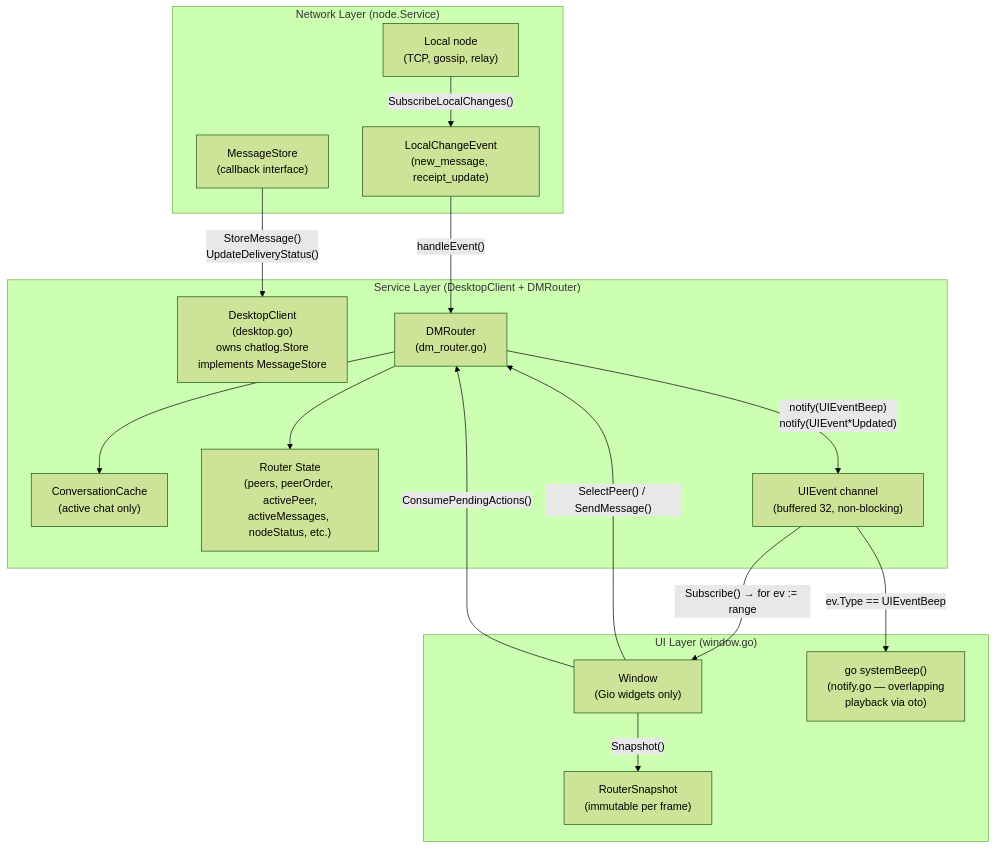
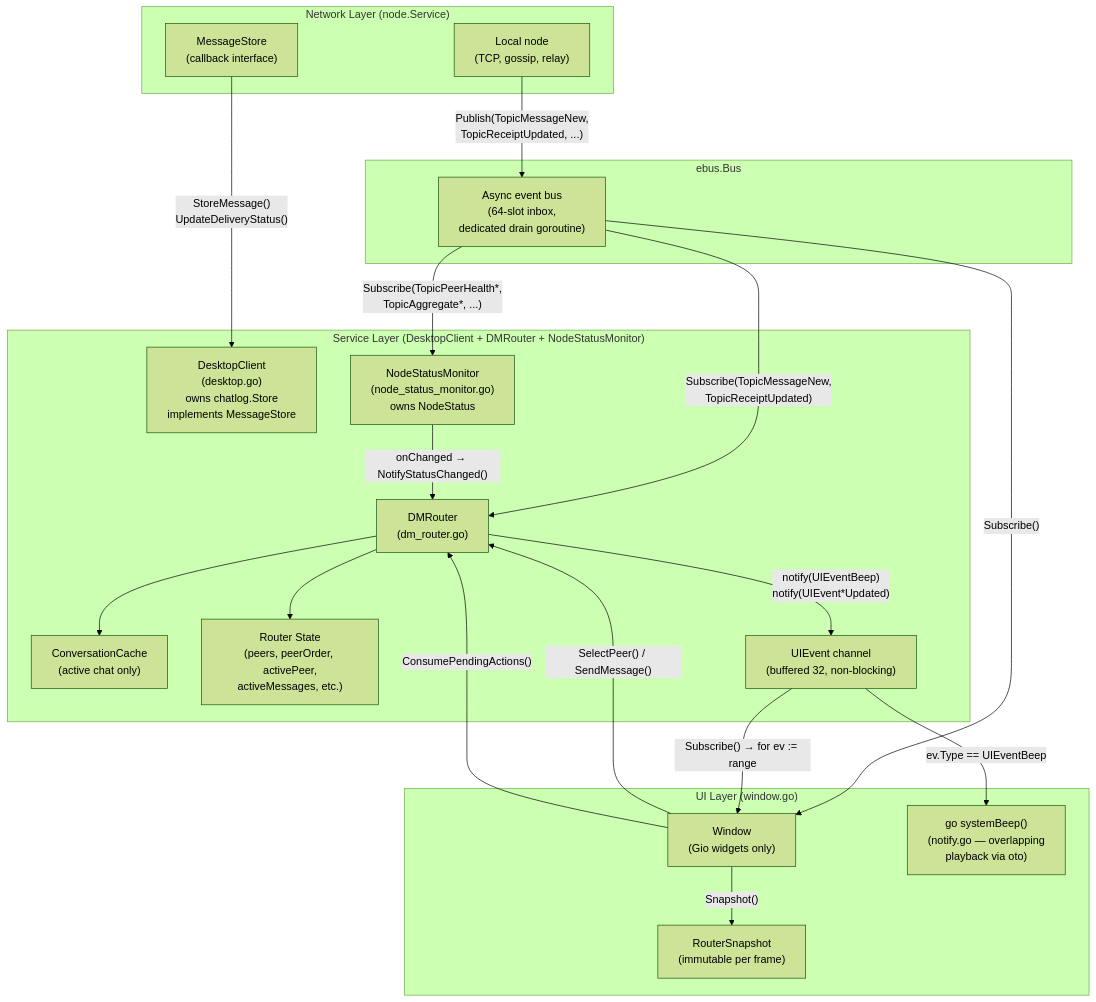
Before and after one commit to piratecash/corsa: the second of 4 diagrams in docs/dm_router.md, drawn with Mermaid (forest theme). The commit also changed other lines of this file and 75 other files, not shown here.

First line of the commit message:
refactor(ebus): introduce async topic bus and move node state propagation onto ebus

````diff
--- a/docs/dm_router.md
+++ b/docs/dm_router.md
@@ -76,34 +85,41 @@
 ```mermaid
 flowchart TB
     subgraph NET["Network Layer (node.Service)"]
         NODE["Local node\n(TCP, gossip, relay)"]
         MSTORE["MessageStore\n(callback interface)"]
-        EVENTS["LocalChangeEvent\n(new_message, receipt_update)"]
     end
 
-    subgraph SVC["Service Layer (DesktopClient + DMRouter)"]
+    subgraph EBUS["ebus.Bus"]
+        EB["Async event bus\n(64-slot inbox,\ndedicated drain goroutine)"]
+    end
+
+    subgraph SVC["Service Layer (DesktopClient + DMRouter + NodeStatusMonitor)"]
         DC["DesktopClient\n(desktop.go)\nowns chatlog.Store\nimplements MessageStore"]
         DR["DMRouter\n(dm_router.go)"]
+        NSM["NodeStatusMonitor\n(node_status_monitor.go)\nowns NodeStatus"]
         CACHE["ConversationCache\n(active chat only)"]
-        STATE["Router State\n(peers, peerOrder, activePeer,\nactiveMessages, nodeStatus, etc.)"]
+        STATE["Router State\n(peers, peerOrder, activePeer,\nactiveMessages, etc.)"]
         UIEVENTS["UIEvent channel\n(buffered 32, non-blocking)"]
     end
 
     subgraph UI["UI Layer (window.go)"]
         WIN["Window\n(Gio widgets only)"]
         SNAP["RouterSnapshot\n(immutable per frame)"]
         BEEP["go systemBeep()\n(notify.go — overlapping\nplayback via oto)"]
     end
 
-    NODE -->|"SubscribeLocalChanges()"| EVENTS
+    NODE -->|"Publish(TopicMessageNew,\nTopicReceiptUpdated, ...)"| EB
+    EB -->|"Subscribe(TopicMessageNew,\nTopicReceiptUpdated)"| DR
+    EB -->|"Subscribe(TopicPeerHealth*,\nTopicAggregate*, ...)"| NSM
+    EB -->|"Subscribe()"| WIN
+    NSM -->|"onChanged → NotifyStatusChanged()"| DR
     MSTORE -->|"StoreMessage()\nUpdateDeliveryStatus()"| DC
-    EVENTS -->|"handleEvent()"| DR
     DR --> CACHE
     DR --> STATE
     DR -->|"notify(UIEventBeep)\nnotify(UIEvent*Updated)"| UIEVENTS
     UIEVENTS -->|"Subscribe() → for ev := range"| WIN
     UIEVENTS -->|"ev.Type == UIEventBeep"| BEEP
     WIN -->|"Snapshot()"| SNAP
     WIN -->|"SelectPeer() / SendMessage()"| DR
     WIN -->|"ConsumePendingActions()"| DR
 ```
````
